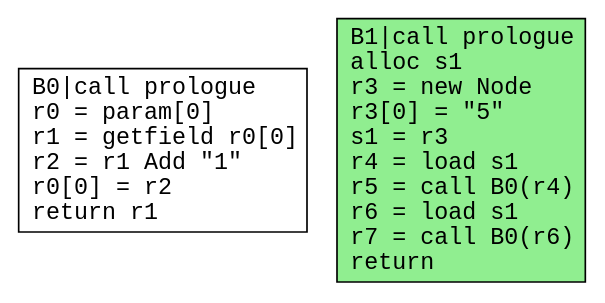
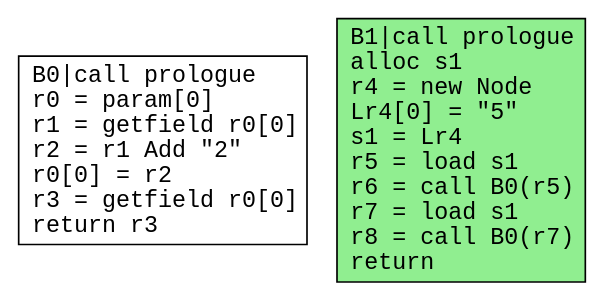
One commit to safarislava/ProcTranslator changed the diagram in output/classes.dot. Above: the diagram before and after it, drawn with Graphviz. The commit also changed 42 other files, not shown here.

```diff
--- a/output/classes.dot
+++ b/output/classes.dot
@@ -1,9 +1,9 @@
 digraph CFG {
   rankdir=TB;
   node [shape=box, fontname="Courier"];
   edge [fontname="Courier"];
 
-  B0 [label="B0|call prologue\lr0 = param[0]\lr1 = getfield r0[0]\lr2 = r1 Add \"1\"\lr0[0] = r2\lreturn r1\l"];
-  B1 [label="B1|call prologue\lalloc s1\lr3 = new Node\lr3[0] = \"5\"\ls1 = r3\lr4 = load s1\lr5 = call B0(r4)\lr6 = load s1\lr7 = call B0(r6)\lreturn\l"];
+  B0 [label="B0|call prologue\lr0 = param[0]\lr1 = getfield r0[0]\lr2 = r1 Add \"2\"\lr0[0] = r2\lr3 = getfield r0[0]\lreturn r3\l"];
+  B1 [label="B1|call prologue\lalloc s1\lr4 = new Node\lLr4[0] = \"5\"\ls1 = Lr4\lr5 = load s1\lr6 = call B0(r5)\lr7 = load s1\lr8 = call B0(r7)\lreturn\l"];
   B1 [style=filled, fillcolor=lightgreen];
 }
```
